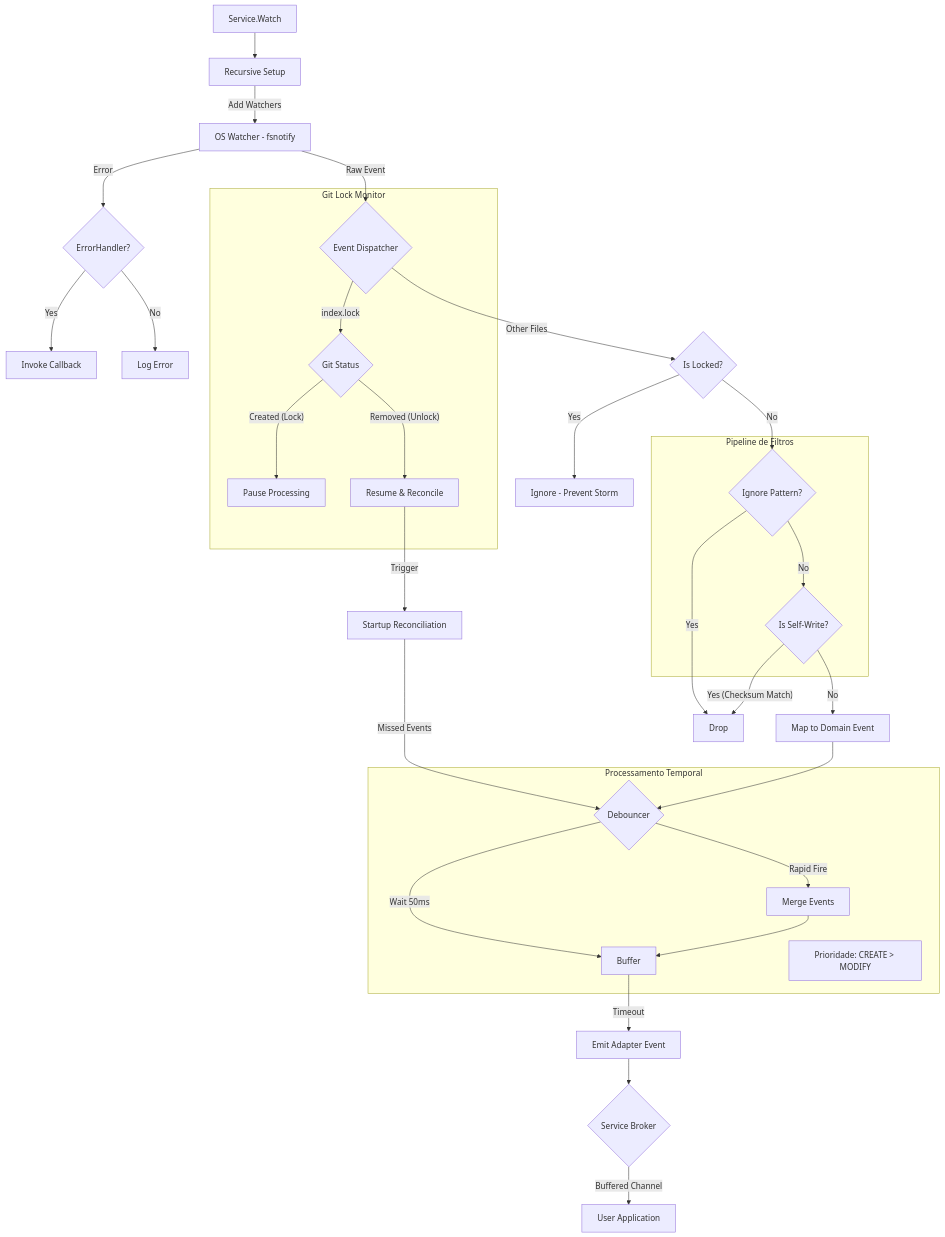
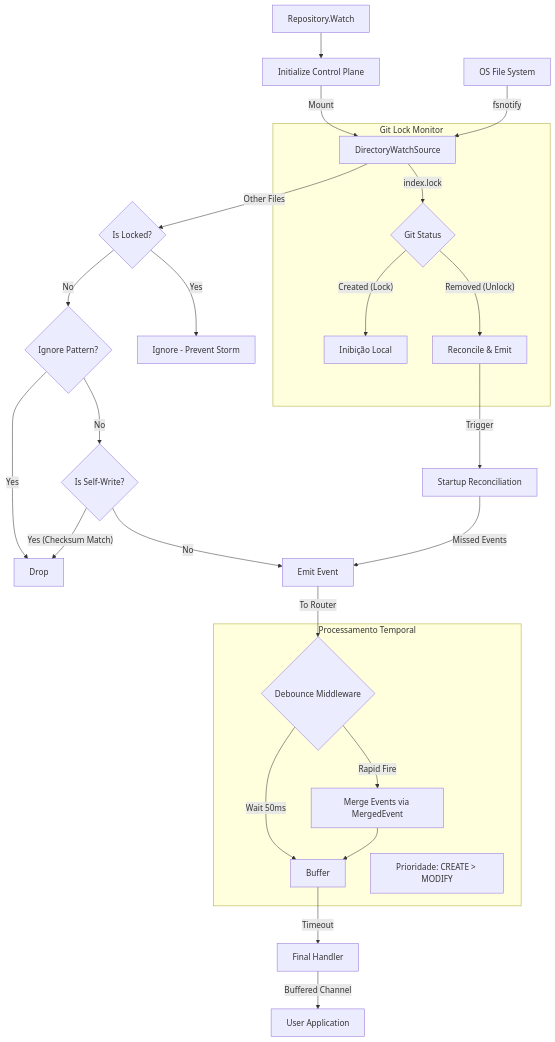
Before and after one commit to aretw0/loam: the eighth of 8 diagrams in docs/TECHNICAL.md, drawn with Mermaid. The commit also changed other lines of this file and 9 other files, not shown here.

First line of the commit message:
refactor(fs): overhaul event system with lifecycle primitives and sober pass

````diff
--- a/docs/TECHNICAL.md
+++ b/docs/TECHNICAL.md
@@ -355,49 +356,39 @@
 ```mermaid
 flowchart TD
-    Start[Service.Watch] --> Setup[Recursive Setup]
-    Setup -->|Add Watchers| OS[OS Watcher - fsnotify]
+    Start[Repository.Watch] --> Setup[Initialize Control Plane]
+    Setup -->|Mount| Source[DirectoryWatchSource]
     
-    OS -->|Error| ErrorHandler{ErrorHandler?}
-    ErrorHandler -- Yes --> Callback[Invoke Callback]
-    ErrorHandler -- No --> Log[Log Error]
-
-    OS -->|Raw Event| Dispatcher{Event Dispatcher}
-
+    OS[OS File System] -->|fsnotify| Source
+    
     subgraph GitAwareness [Git Lock Monitor]
-        Dispatcher -- "index.lock" --> LockState{Git Status}
-        LockState -- "Created (Lock)" --> Pause[Pause Processing]
-        LockState -- "Removed (Unlock)" --> Resume[Resume & Reconcile]
+        Source -- "index.lock" --> LockState{Git Status}
+        LockState -- "Created (Lock)" --> Pause[Inibição Local]
+        LockState -- "Removed (Unlock)" --> Resume[Reconcile & Emit]
     end
 
-    Dispatcher -- "Other Files" --> Gate{Is Locked?}
+    Source -- "Other Files" --> Gate{Is Locked?}
     Gate -- Yes --> Ignore[Ignore - Prevent Storm]
     Gate -- No --> Filter{Ignore Pattern?}
     
     Filter -- Yes --> Drop[Drop]
     Filter -- No --> SelfWrite{Is Self-Write?}
     
     SelfWrite -- Yes (Checksum Match) --> Drop
-    SelfWrite -- No --> Mapper[Map to Domain Event]
+    SelfWrite -- No --> EmitRouter[Emit Event]
 
-    subgraph filtering [Pipeline de Filtros]
-        Filter
-        SelfWrite
-    end
-
-    Mapper --> Debouncer{Debouncer}
+    EmitRouter -->|To Router| Debouncer{Debounce Middleware}
     
     subgraph processing [Processamento Temporal]
         Debouncer -- "Wait 50ms" --> Timer[Buffer]
-        Debouncer -- "Rapid Fire" --> Merge[Merge Events]
+        Debouncer -- "Rapid Fire" --> Merge[Merge Events via MergedEvent]
         Note2[Prioridade: CREATE > MODIFY]
     end
     
     Resume -->|Trigger| ReconcileLogic[Startup Reconciliation]
-    ReconcileLogic -->|Missed Events| Debouncer
+    ReconcileLogic -->|Missed Events| EmitRouter
 
-    Timer -->|Timeout| AdapterEmit[Emit Adapter Event]
+    Timer -->|Timeout| AdapterEmit[Final Handler]
     Merge --> Timer
 
-    AdapterEmit --> Broker{Service Broker}
-    Broker -->|Buffered Channel| User[User Application]
+    AdapterEmit -->|Buffered Channel| User[User Application]
 ```
````
